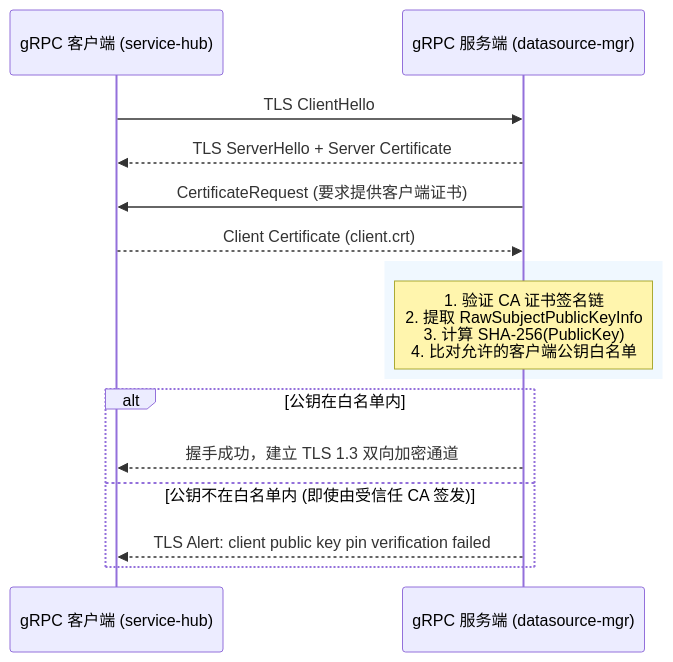
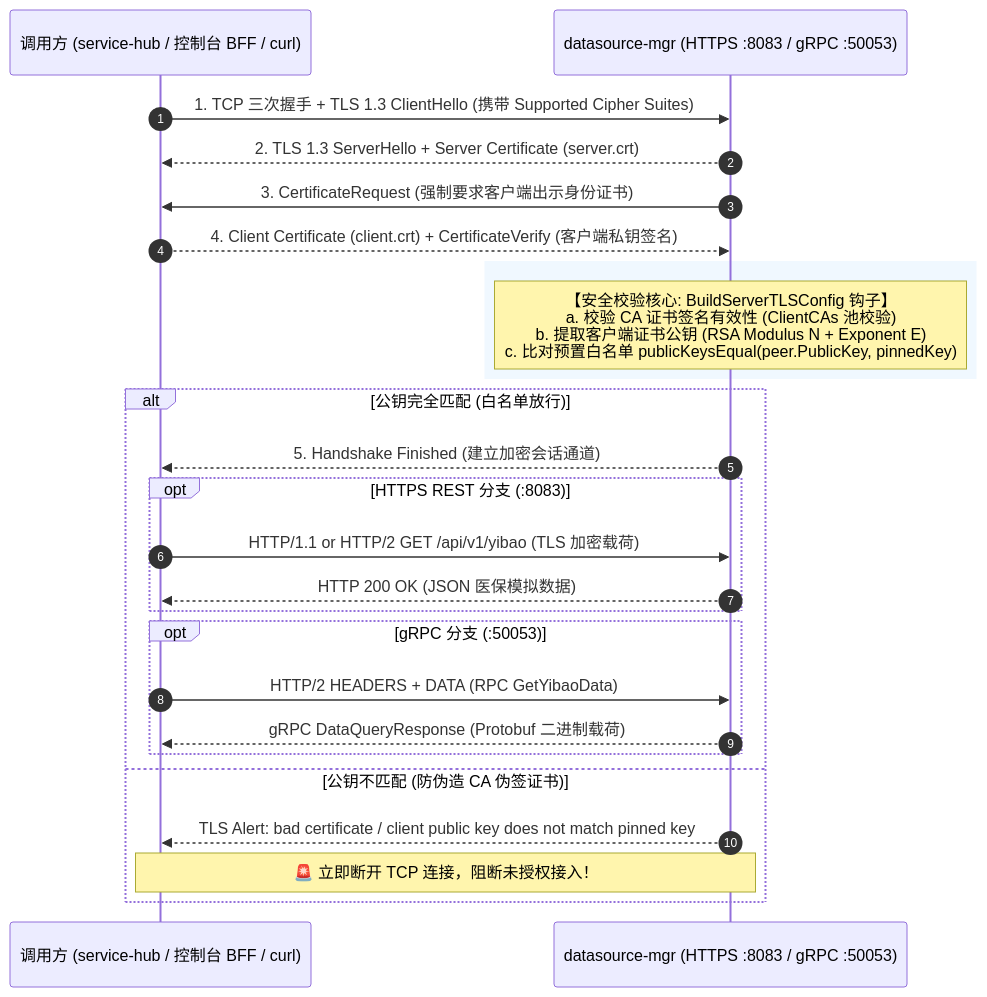
The third of 4 diagrams in services/datasource-mgr/docs/learning-guide.md (fengzhizi319/PrivShield), drawn with Mermaid before and after one commit. The commit also changed other lines of this file, not shown here.

First line of the commit message:
docs(datasource-mgr): enrich learning-guide.md with HTTPS mTLS diagrams and dual-protocol security flows

````diff
--- a/services/datasource-mgr/docs/learning-guide.md
+++ b/services/datasource-mgr/docs/learning-guide.md
@@ -414,20 +436,30 @@
 ```mermaid
 sequenceDiagram
-    participant Client as gRPC 客户端 (service-hub)
-    participant Server as gRPC 服务端 (datasource-mgr)
+    autonumber
+    participant Caller as 调用方 (service-hub / 控制台 BFF / curl)
+    participant Server as datasource-mgr (HTTPS :8083 / gRPC :50053)
 
-    Client->>Server: TLS ClientHello
-    Server-->>Client: TLS ServerHello + Server Certificate
-    Server->>Client: CertificateRequest (要求提供客户端证书)
-    Client-->>Server: Client Certificate (client.crt)
+    Caller->>Server: 1. TCP 三次握手 + TLS 1.3 ClientHello (携带 Supported Cipher Suites)
+    Server-->>Caller: 2. TLS 1.3 ServerHello + Server Certificate (server.crt)
+    Server->>Caller: 3. CertificateRequest (强制要求客户端出示身份证书)
+    Caller-->>Server: 4. Client Certificate (client.crt) + CertificateVerify (客户端私钥签名)
     
     rect rgb(240, 248, 255)
-        Note over Server: 1. 验证 CA 证书签名链<br/>2. 提取 RawSubjectPublicKeyInfo<br/>3. 计算 SHA-256(PublicKey)<br/>4. 比对允许的客户端公钥白名单
+        Note over Server: 【安全校验核心: BuildServerTLSConfig 钩子】<br/>a. 校验 CA 证书签名有效性 (ClientCAs 池校验)<br/>b. 提取客户端证书公钥 (RSA Modulus N + Exponent E)<br/>c. 比对预置白名单 publicKeysEqual(peer.PublicKey, pinnedKey)
     end
 
-    alt 公钥在白名单内
-        Server-->>Client: 握手成功，建立 TLS 1.3 双向加密通道
-    else 公钥不在白名单内 (即使由受信任 CA 签发)
-        Server-->>Client: TLS Alert: client public key pin verification failed
+    alt 公钥完全匹配 (白名单放行)
+        Server-->>Caller: 5. Handshake Finished (建立加密会话通道)
+        opt HTTPS REST 分支 (:8083)
+            Caller->>Server: HTTP/1.1 or HTTP/2 GET /api/v1/yibao (TLS 加密载荷)
+            Server-->>Caller: HTTP 200 OK (JSON 医保模拟数据)
+        end
+        opt gRPC 分支 (:50053)
+            Caller->>Server: HTTP/2 HEADERS + DATA (RPC GetYibaoData)
+            Server-->>Caller: gRPC DataQueryResponse (Protobuf 二进制载荷)
+        end
+    else 公钥不匹配 (防伪造 CA 伪签证书)
+        Server-->>Caller: TLS Alert: bad certificate / client public key does not match pinned key
+        Note over Server,Caller: 🚨 立即断开 TCP 连接，阻断未授权接入！
     end
 ```
````
